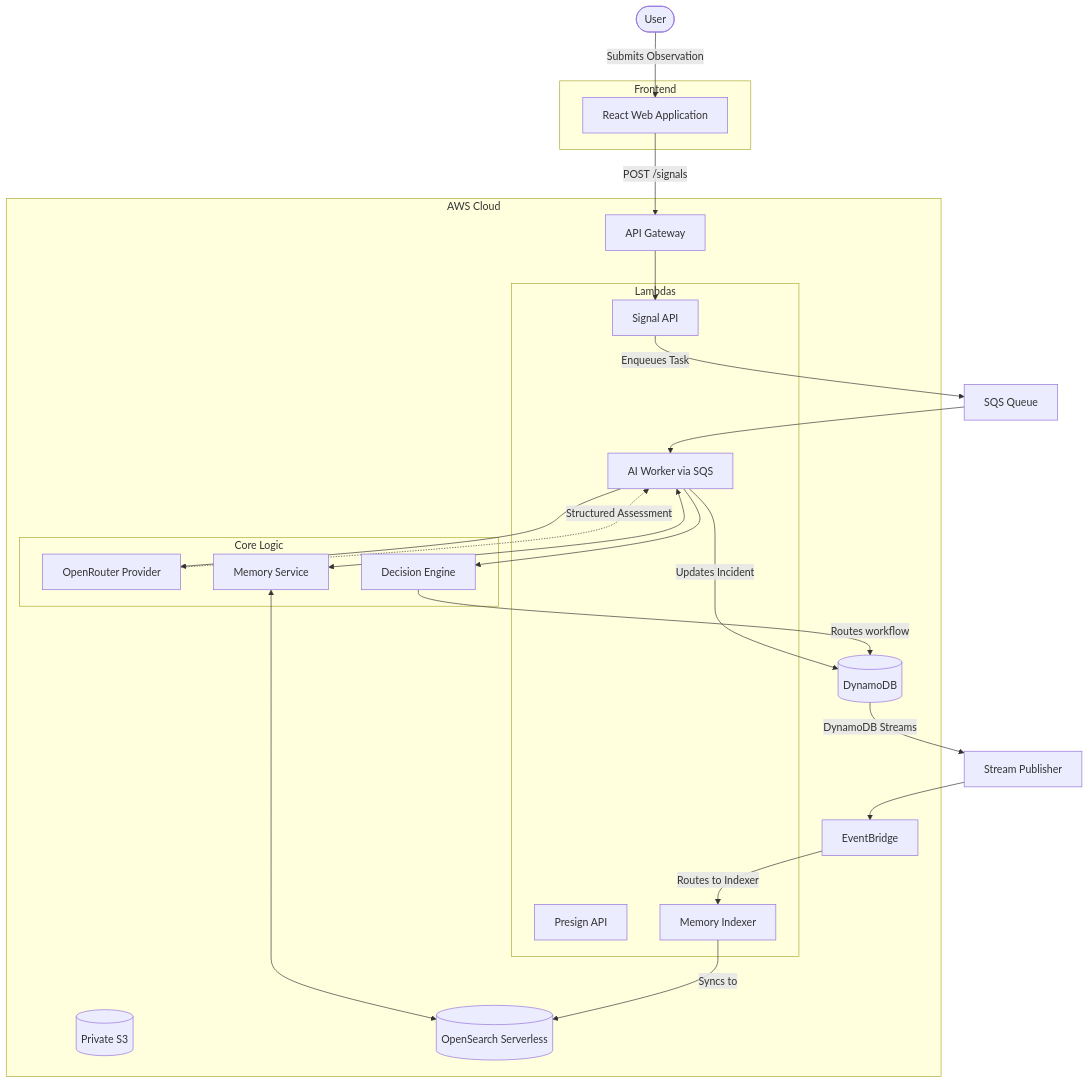
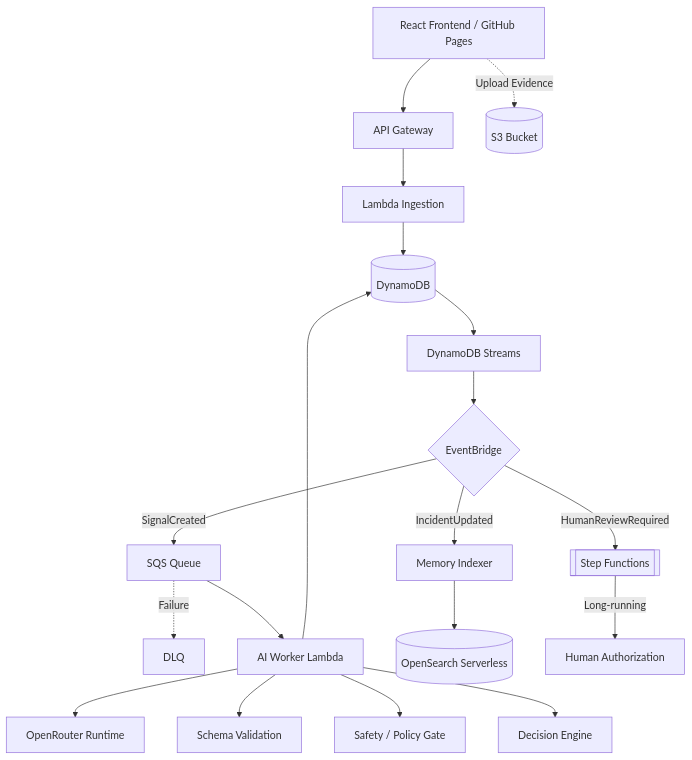
Before and after one commit to jackso1328/report-to-me-ai: the third of 4 diagrams in README.md, drawn with Mermaid. The commit also changed other lines of this file, not shown here.

Commit message:
Docs: Revamp README for product storytelling and architecture

````diff
--- a/README.md
+++ b/README.md
@@ -42,50 +143,27 @@
 ```mermaid
 flowchart TD
-    User([User])
+    UI[React Frontend / GitHub Pages] --> API[API Gateway]
+    UI -.->|Upload Evidence| S3[(S3 Bucket)]
     
-    subgraph Frontend
-        React[React Web Application]
-    end
+    API --> Ingest[Lambda Ingestion]
+    Ingest --> DDB[(DynamoDB)]
     
-    subgraph AWS Cloud
-        API[API Gateway]
-        
-        subgraph Lambdas
-            SignalFn[Signal API]
-            PresignFn[Presign API]
-            AIWorker[AI Worker via SQS]
-            Indexer[Memory Indexer]
-        end
-        
-        S3[(Private S3)]
-        DB[(DynamoDB)]
-        Search[(OpenSearch Serverless)]
-        EventBus[EventBridge]
-        
-        subgraph Core Logic
-            AI[OpenRouter Provider]
-            Engine[Decision Engine]
-            Memory[Memory Service]
-        end
-    end
+    DDB --> Stream[DynamoDB Streams]
+    Stream --> EB{EventBridge}
     
-    User -- Submits Observation --> React
-    React -- POST /signals --> API
-    API --> SignalFn
-    SignalFn -- Enqueues Task --> SQS[SQS Queue]
-    SQS --> AIWorker
+    EB -->|SignalCreated| SQS[SQS Queue]
+    SQS -.->|Failure| DLQ[DLQ]
     
-    AIWorker --> AI
-    AI -. Structured Assessment .-> AIWorker
-    AIWorker <--> Memory
-    Memory <--> Search
-    AIWorker --> Engine
+    SQS --> AIWorker[AI Worker Lambda]
+    AIWorker --> OR[OpenRouter Runtime]
+    AIWorker --> Schema[Schema Validation]
+    AIWorker --> Safety[Safety / Policy Gate]
+    AIWorker --> Decision[Decision Engine]
+    AIWorker --> DDB
     
-    Engine -- Routes workflow --> DB
-    AIWorker -- Updates Incident --> DB
+    EB -->|IncidentUpdated| Indexer[Memory Indexer]
+    Indexer --> OpenSearch[(OpenSearch Serverless)]
     
-    DB -- DynamoDB Streams --> StreamPub[Stream Publisher]
-    StreamPub --> EventBus
-    EventBus -- Routes to Indexer --> Indexer
-    Indexer -- Syncs to --> Search
+    EB -->|HumanReviewRequired| StepFunctions[[Step Functions]]
+    StepFunctions -->|Long-running| HumanAuth[Human Authorization]
 ```
````
